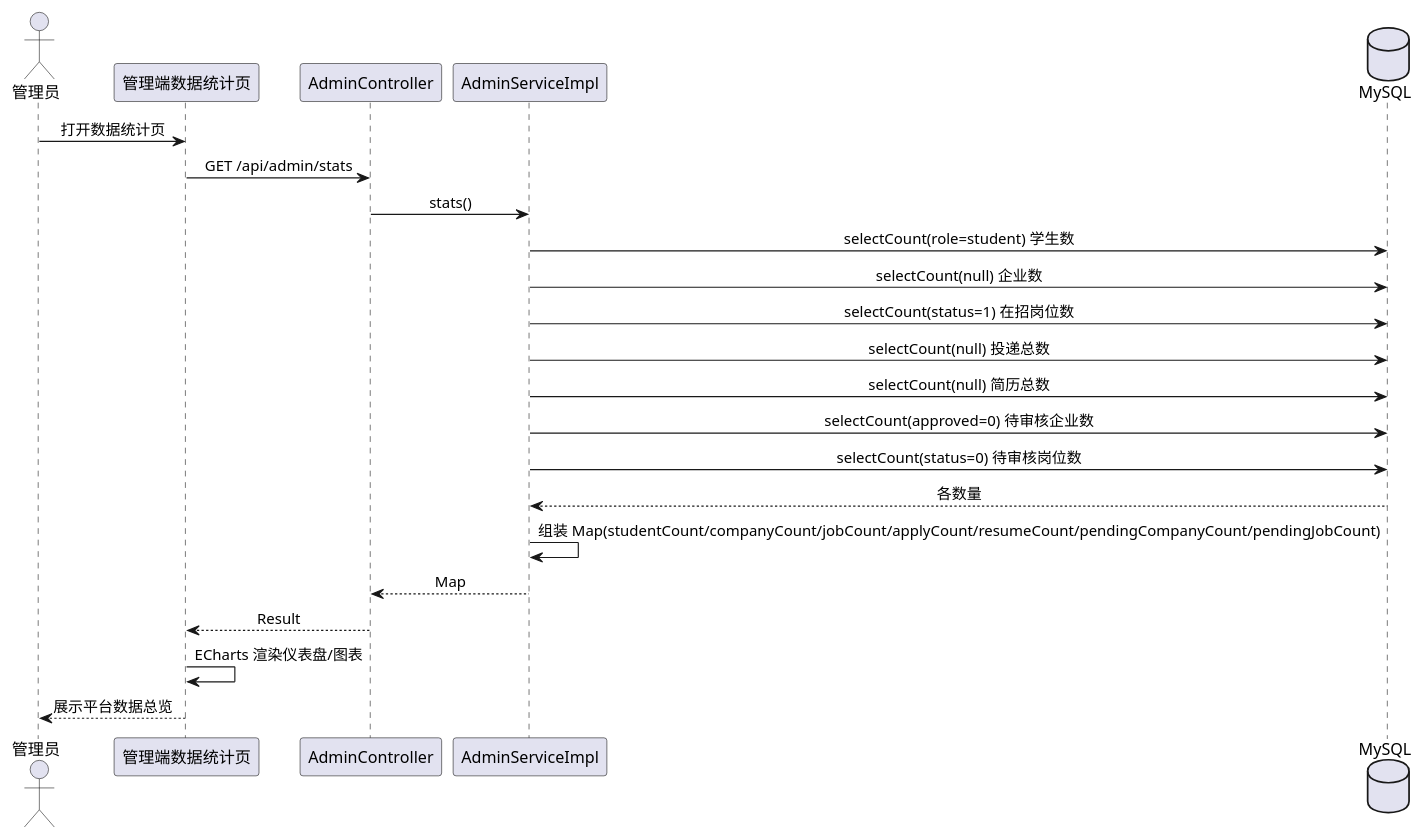
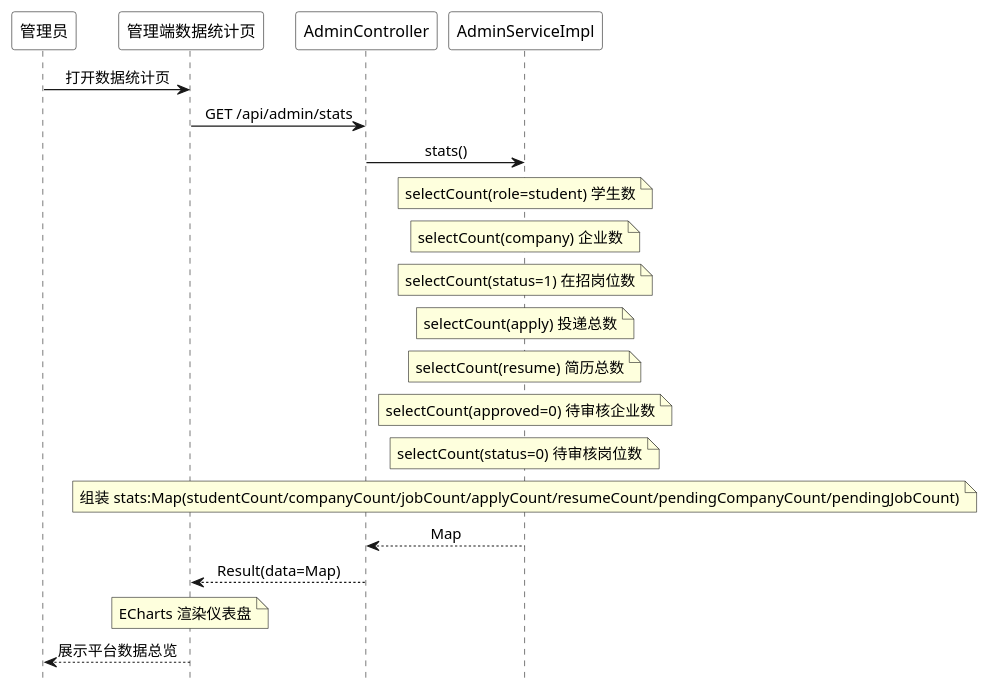
The diagram in uml/李嘉文/sequence-stats.puml (sheep7-bot/recruit-internship-system), drawn with PlantUML before and after one commit. The commit also changed 61 other files, not shown here.

Commit message:
完善 AI 简历解析服务，更新 UML 图集；API Key 改为环境变量读取

```diff
--- a/uml/李嘉文/sequence-stats.puml
+++ b/uml/李嘉文/sequence-stats.puml
@@ -1,27 +1,53 @@
 @startuml 数据统计时序图
 skinparam defaultFontName "Microsoft YaHei"
+hide footbox
+<style>
+participant {
+  FontColor white
+  BorderColor white
+  BackgroundColor white
+}
+sequenceDiagram {
+  FontColor black
+}
+</style>
 skinparam sequenceMessageAlign center
-
-actor "管理员" as admin
+participant "管理员" as admin
 participant "管理端数据统计页" as web
 participant "AdminController" as ctl
 participant "AdminServiceImpl" as svc
-database "MySQL" as db
-
 admin -> web : 打开数据统计页
 web -> ctl : GET /api/admin/stats
 ctl -> svc : stats()
-svc -> db : selectCount(role=student) 学生数
-svc -> db : selectCount(null) 企业数
-svc -> db : selectCount(status=1) 在招岗位数
-svc -> db : selectCount(null) 投递总数
-svc -> db : selectCount(null) 简历总数
-svc -> db : selectCount(approved=0) 待审核企业数
-svc -> db : selectCount(status=0) 待审核岗位数
-db --> svc : 各数量
-svc -> svc : 组装 Map(studentCount/companyCount/jobCount/applyCount/resumeCount/pendingCompanyCount/pendingJobCount)
+note over svc
+  selectCount(role=student) 学生数
+end note
+note over svc
+  selectCount(company) 企业数
+end note
+note over svc
+  selectCount(status=1) 在招岗位数
+end note
+note over svc
+  selectCount(apply) 投递总数
+end note
+note over svc
+  selectCount(resume) 简历总数
+end note
+note over svc
+  selectCount(approved=0) 待审核企业数
+end note
+note over svc
+  selectCount(status=0) 待审核岗位数
+end note
+note over svc
+  组装 stats:Map(studentCount/companyCount/jobCount/applyCount/resumeCount/pendingCompanyCount/pendingJobCount)
+end note
 svc --> ctl : Map
-ctl --> web : Result
-web -> web : ECharts 渲染仪表盘/图表
+ctl --> web : Result(data=Map)
+note over web
+  ECharts 渲染仪表盘
+end note
 web --> admin : 展示平台数据总览
+
 @enduml
```
